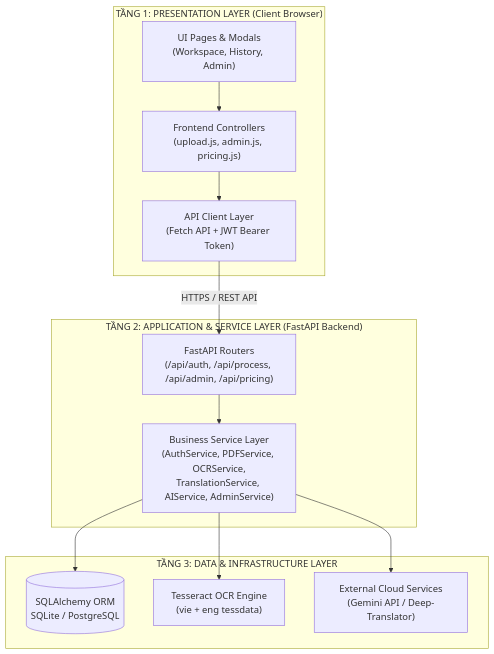
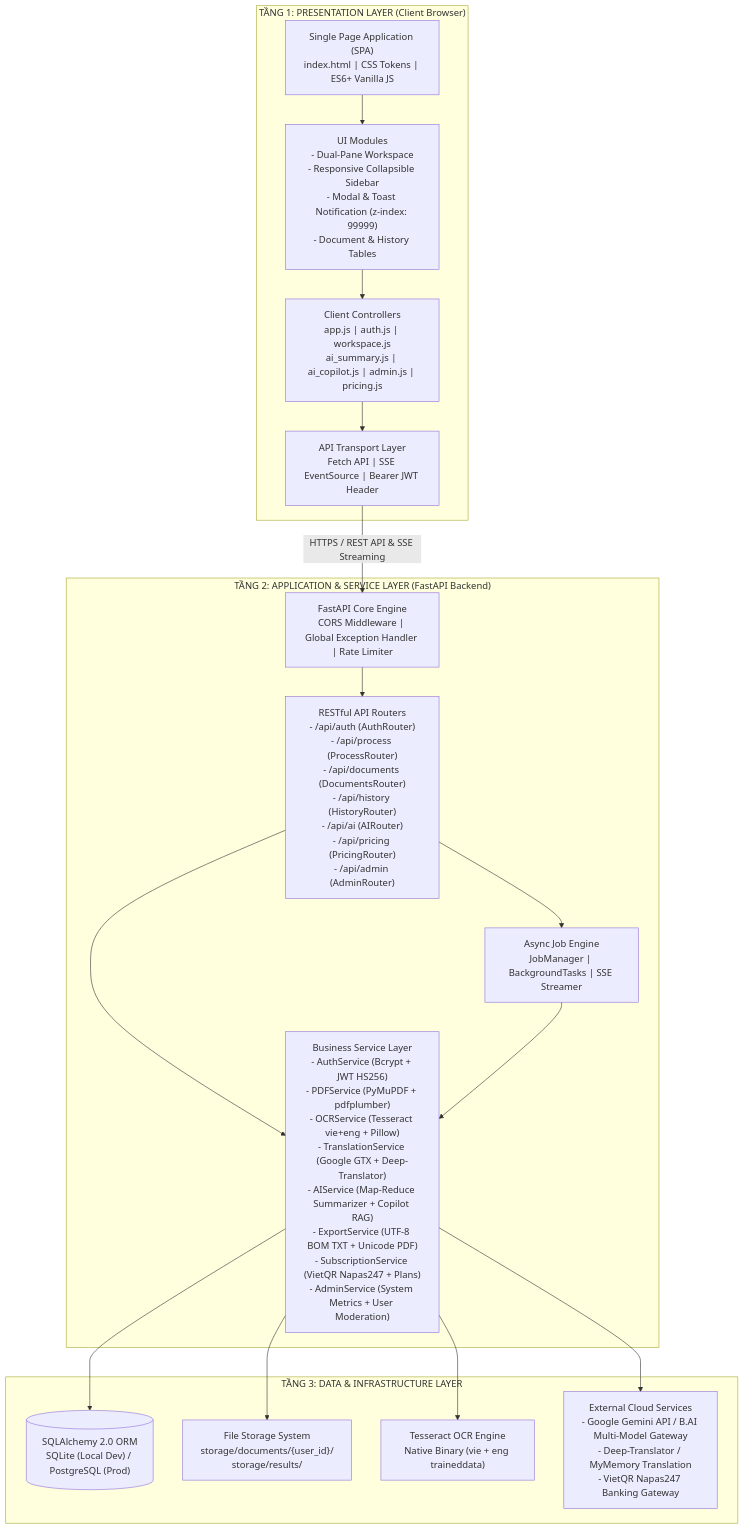
One commit to Sleepy2608/PDF-Lingua changed the first of 3 diagrams in Extra/Báo cáo giữa kỳ - Thuyết minh chi tiết thiết kế/README.md. Above: the diagram before and after it, drawn with Mermaid. The commit also changed other lines of this file, not shown here.

Commit message:
docs: synchronize master design report with updated system architecture

````diff
--- a/Extra/Báo cáo giữa kỳ - Thuyết minh chi tiết thiết kế/README.md
+++ b/Extra/Báo cáo giữa kỳ - Thuyết minh chi tiết thiết kế/README.md
@@ -62,26 +66,40 @@
 ```mermaid
 graph TD
-    subgraph PresentationLayer ["TẦNG 1: PRESENTATION LAYER (Client Browser)"]
-        UI_Pages["UI Pages & Modals<br/>(Workspace, History, Admin)"]
-        UI_Controllers["Frontend Controllers<br/>(upload.js, admin.js, pricing.js)"]
-        UI_Client["API Client Layer<br/>(Fetch API + JWT Bearer Token)"]
-        UI_Pages --> UI_Controllers --> UI_Client
+    subgraph ClientTier ["TẦNG 1: PRESENTATION LAYER (Client Browser)"]
+        SPA["Single Page Application (SPA)<br/>index.html | CSS Tokens | ES6+ Vanilla JS"]
+        UI_Components["UI Modules<br/>- Dual-Pane Workspace<br/>- Responsive Collapsible Sidebar<br/>- Modal & Toast Notification (z-index: 99999)<br/>- Document & History Tables"]
+        Client_Controllers["Client Controllers<br/>app.js | auth.js | workspace.js<br/>ai_summary.js | ai_copilot.js | admin.js | pricing.js"]
+        API_Client["API Transport Layer<br/>Fetch API | SSE EventSource | Bearer JWT Header"]
+        
+        SPA --> UI_Components --> Client_Controllers --> API_Client
     end
 
-    subgraph ServiceLayer ["TẦNG 2: APPLICATION & SERVICE LAYER (FastAPI Backend)"]
-        Routers["FastAPI Routers<br/>(/api/auth, /api/process, /api/admin, /api/pricing)"]
-        Services["Business Service Layer<br/>(AuthService, PDFService, OCRService,<br/>TranslationService, AIService, AdminService)"]
+    subgraph BackendTier ["TẦNG 2: APPLICATION & SERVICE LAYER (FastAPI Backend)"]
+        APIGateway["FastAPI Core Engine<br/>CORS Middleware | Global Exception Handler | Rate Limiter"]
+        
+        Routers["RESTful API Routers<br/>- /api/auth (AuthRouter)<br/>- /api/process (ProcessRouter)<br/>- /api/documents (DocumentsRouter)<br/>- /api/history (HistoryRouter)<br/>- /api/ai (AIRouter)<br/>- /api/pricing (PricingRouter)<br/>- /api/admin (AdminRouter)"]
+        
+        JobQueue["Async Job Engine<br/>JobManager | BackgroundTasks | SSE Streamer"]
+        
+        Services["Business Service Layer<br/>- AuthService (Bcrypt + JWT HS256)<br/>- PDFService (PyMuPDF + pdfplumber)<br/>- OCRService (Tesseract vie+eng + Pillow)<br/>- TranslationService (Google GTX + Deep-Translator)<br/>- AIService (Map-Reduce Summarizer + Copilot RAG)<br/>- ExportService (UTF-8 BOM TXT + Unicode PDF)<br/>- SubscriptionService (VietQR Napas247 + Plans)<br/>- AdminService (System Metrics + User Moderation)"]
+        
+        APIGateway --> Routers
         Routers --> Services
+        Routers --> JobQueue
+        JobQueue --> Services
     end
 
-    subgraph DataLayer ["TẦNG 3: DATA & INFRASTRUCTURE LAYER"]
-        Database[("SQLAlchemy ORM<br/>SQLite / PostgreSQL")]
-        TesseractEngine["Tesseract OCR Engine<br/>(vie + eng tessdata)"]
-        ExternalAI["External Cloud Services<br/>(Gemini API / Deep-Translator)"]
+    subgraph InfrastructureTier ["TẦNG 3: DATA & INFRASTRUCTURE LAYER"]
+        ORM[("SQLAlchemy 2.0 ORM<br/>SQLite (Local Dev) / PostgreSQL (Prod)")]
+        FileStorage["File Storage System<br/>storage/documents/{user_id}/<br/>storage/results/"]
+        TesseractBinary["Tesseract OCR Engine<br/>Native Binary (vie + eng traineddata)"]
+        ExternalLLM["External Cloud Services<br/>- Google Gemini API / B.AI Multi-Model Gateway<br/>- Deep-Translator / MyMemory Translation<br/>- VietQR Napas247 Banking Gateway"]
+        
+        Services --> ORM
+        Services --> FileStorage
+        Services --> TesseractBinary
+        Services --> ExternalLLM
     end
 
-    UI_Client -->|HTTPS / REST API| Routers
-    Services --> Database
-    Services --> TesseractEngine
-    Services --> ExternalAI
+    API_Client -->|HTTPS / REST API & SSE Streaming| APIGateway
 ```
````
